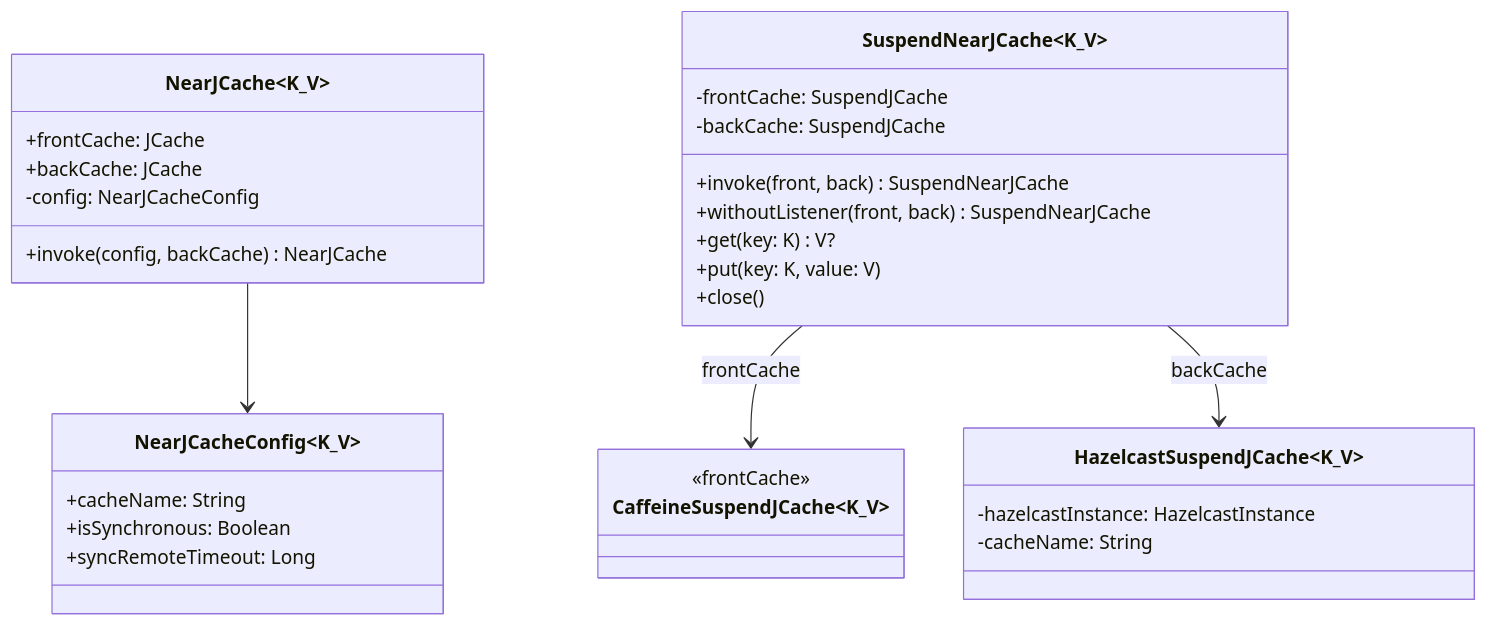
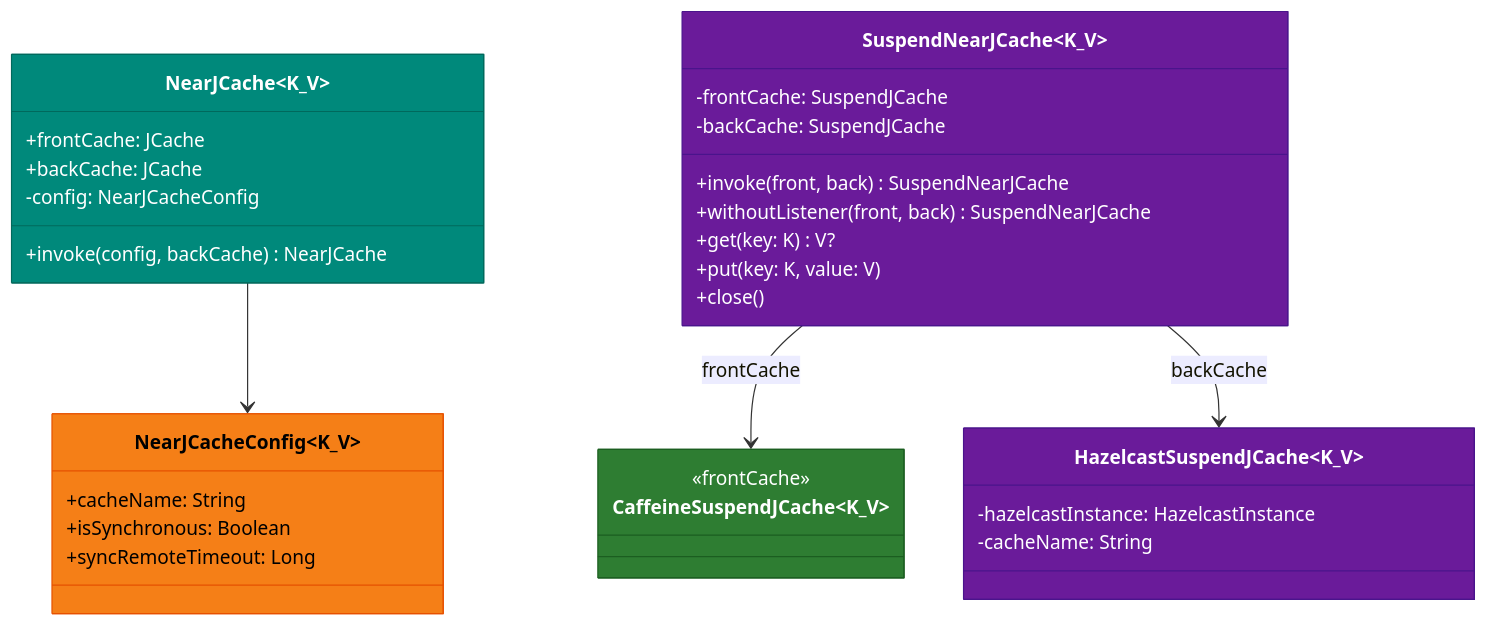
One commit to bluetape4k/bluetape4k-projects changed the first of 3 diagrams in infra/cache-hazelcast/README.ko.md. Above: the diagram before and after it, drawn with Mermaid. The commit also changed other lines of this file and 221 other files, not shown here.

First line of the commit message:
docs: 전체 모듈 README UML 다이어그램 보강 및 색상 업그레이드

````diff
--- a/infra/cache-hazelcast/README.ko.md
+++ b/infra/cache-hazelcast/README.ko.md
@@ -80,38 +80,44 @@
 ```mermaid
 classDiagram
     class NearJCache~K_V~ {
 +frontCache: JCache
 +backCache: JCache
 -config: NearJCacheConfig
         +invoke(config, backCache) NearJCache
     }
 
 class SuspendNearJCache~K_V~ {
 -frontCache: SuspendJCache
 -backCache: SuspendJCache
         +invoke(front, back) SuspendNearJCache
         +withoutListener(front, back) SuspendNearJCache
         +get(key: K) V?
         +put(key: K, value: V)
         +close()
     }
 
 class HazelcastSuspendJCache~K_V~ {
         -hazelcastInstance: HazelcastInstance
         -cacheName: String
     }
 
 class CaffeineSuspendJCache~K_V~ {
 <<frontCache>>
     }
 
 class NearJCacheConfig~K_V~ {
         +cacheName: String
         +isSynchronous: Boolean
         +syncRemoteTimeout: Long
     }
 
     NearJCache --> NearJCacheConfig
     SuspendNearJCache --> CaffeineSuspendJCache: frontCache
     SuspendNearJCache --> HazelcastSuspendJCache: backCache
+
+    style NearJCache fill:#00897B,stroke:#00695C,color:#FFFFFF
+    style SuspendNearJCache fill:#6A1B9A,stroke:#4A148C,color:#FFFFFF
+    style HazelcastSuspendJCache fill:#6A1B9A,stroke:#4A148C,color:#FFFFFF
+    style CaffeineSuspendJCache fill:#2E7D32,stroke:#1B5E20,color:#FFFFFF
+    style NearJCacheConfig fill:#F57F17,stroke:#E65100,color:#000000
 ```
````
